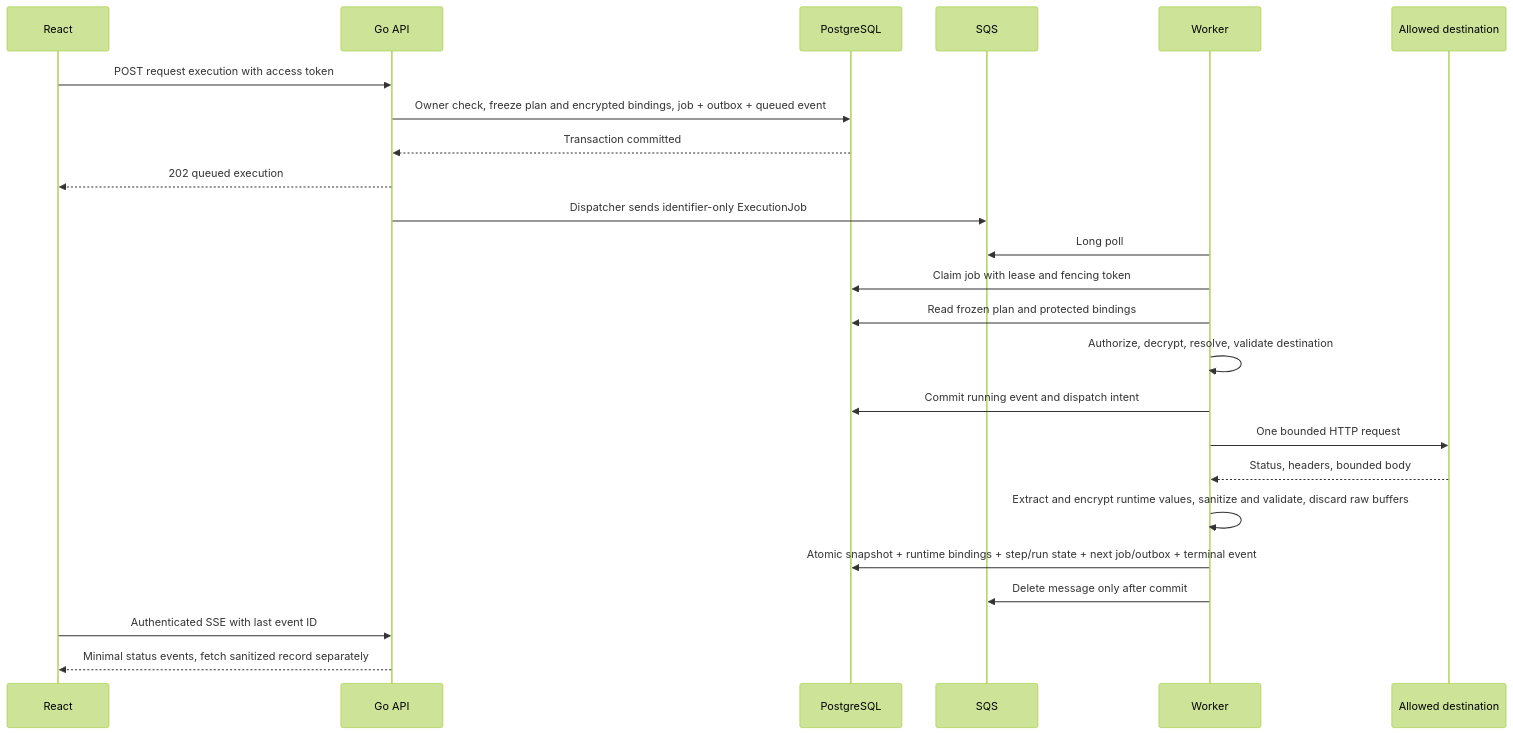
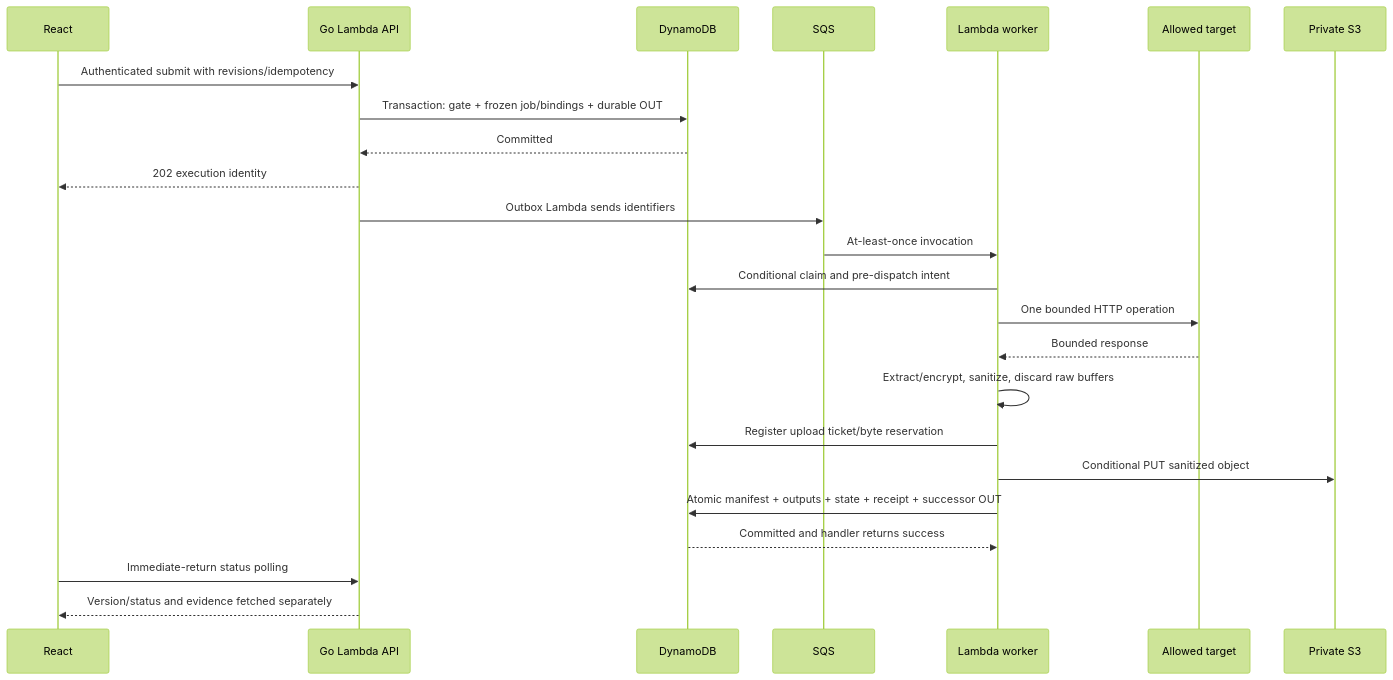
The second of 2 diagrams in docs/architecture/w1-system-design.md (VioletProto/Kurier), drawn with Mermaid (forest theme) before and after one commit. The commit also changed other lines of this file and 4 other files, not shown here.

````diff
--- a/docs/architecture/w1-system-design.md
+++ b/docs/architecture/w1-system-design.md
@@ -212,26 +162,26 @@
 ```mermaid
 sequenceDiagram
   participant UI as React
-  participant API as Go API
-  participant DB as PostgreSQL
+  participant API as Go Lambda API
+  participant DB as DynamoDB
   participant Q as SQS
-  participant W as Worker
-  participant T as Allowed destination
-  UI->>API: POST request execution with access token
-  API->>DB: Owner check, freeze plan and encrypted bindings, job + outbox + queued event
-  DB-->>API: Transaction committed
-  API-->>UI: 202 queued execution
-  API->>Q: Dispatcher sends identifier-only ExecutionJob
-  W->>Q: Long poll
-  W->>DB: Claim job with lease and fencing token
-  W->>DB: Read frozen plan and protected bindings
-  W->>W: Authorize, decrypt, resolve, validate destination
-  W->>DB: Commit running event and dispatch intent
-  W->>T: One bounded HTTP request
-  T-->>W: Status, headers, bounded body
-  W->>W: Extract and encrypt runtime values, sanitize and validate, discard raw buffers
-  W->>DB: Atomic snapshot + runtime bindings + step/run state + next job/outbox + terminal event
-  W->>Q: Delete message only after commit
-  UI->>API: Authenticated SSE with last event ID
-  API-->>UI: Minimal status events, fetch sanitized record separately
+  participant W as Lambda worker
+  participant T as Allowed target
+  participant S as Private S3
+  UI->>API: Authenticated submit with revisions/idempotency
+  API->>DB: Transaction: gate + frozen job/bindings + durable OUT
+  DB-->>API: Committed
+  API-->>UI: 202 execution identity
+  API->>Q: Outbox Lambda sends identifiers
+  Q->>W: At-least-once invocation
+  W->>DB: Conditional claim and pre-dispatch intent
+  W->>T: One bounded HTTP operation
+  T-->>W: Bounded response
+  W->>W: Extract/encrypt, sanitize, discard raw buffers
+  W->>DB: Register upload ticket/byte reservation
+  W->>S: Conditional PUT sanitized object
+  W->>DB: Atomic manifest + outputs + state + receipt + successor OUT
+  DB-->>W: Committed and handler returns success
+  UI->>API: Immediate-return status polling
+  API-->>UI: Version/status and evidence fetched separately
 ```
````
